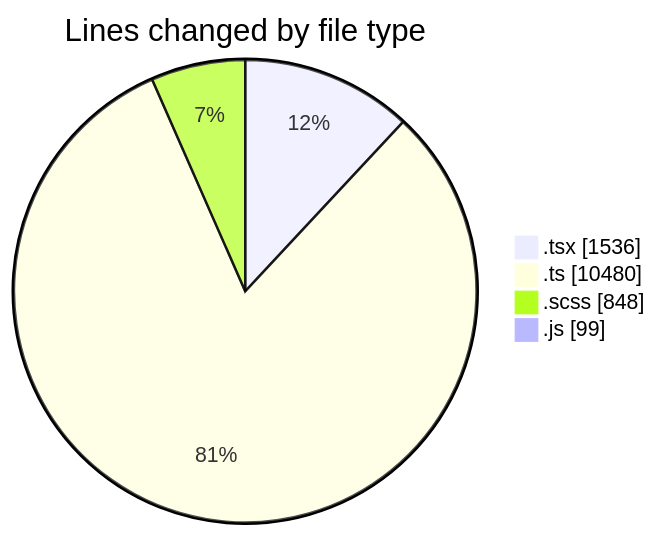
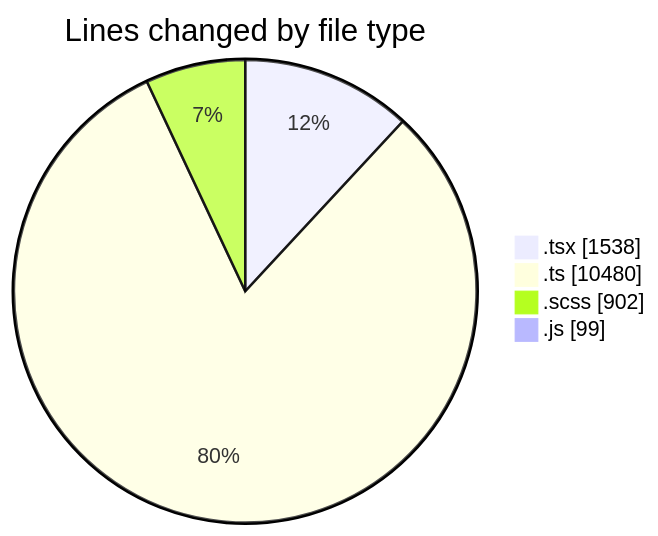
The first of 2 diagrams in 2025-03-26/cda/README.md (momahboobian/code-tracking), drawn with Mermaid before and after one commit. The commit also changed other lines of this file and 1 other file, not shown here.

````diff
--- a/2025-03-26/cda/README.md
+++ b/2025-03-26/cda/README.md
@@ -44,8 +44,8 @@
 ```mermaid
 pie showData
 title Lines changed by file type
-".tsx" : 1536
+".tsx" : 1538
 ".ts" : 10480
-".scss" : 848
+".scss" : 902
 ".js" : 99
 ```
````
